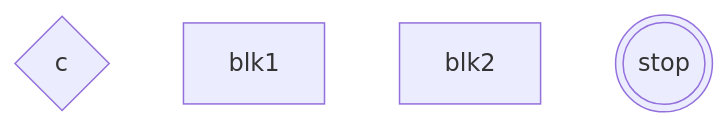
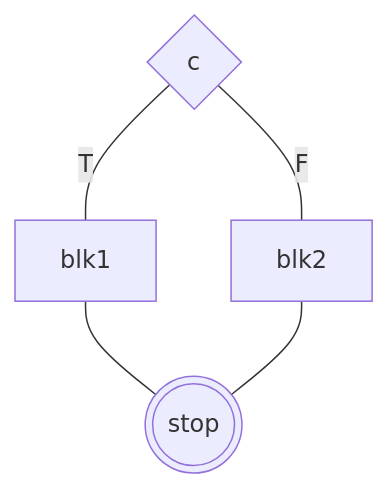
The diagram in 0303/mdModule.md (studenttak/modules), drawn with Mermaid before and after one commit.

````diff
--- a/0303/mdModule.md
+++ b/0303/mdModule.md
@@ -40,7 +40,11 @@
 ```mermaid
 flowchart TD
 c{c}
 blk1[blk1]
 blk2[blk2]
 stop@{shape: dbl-circ, label: "stop"}
+c-- T ---blk1
+c-- F ---blk2
+blk1 --- stop
+blk2 --- stop
 ```
````
